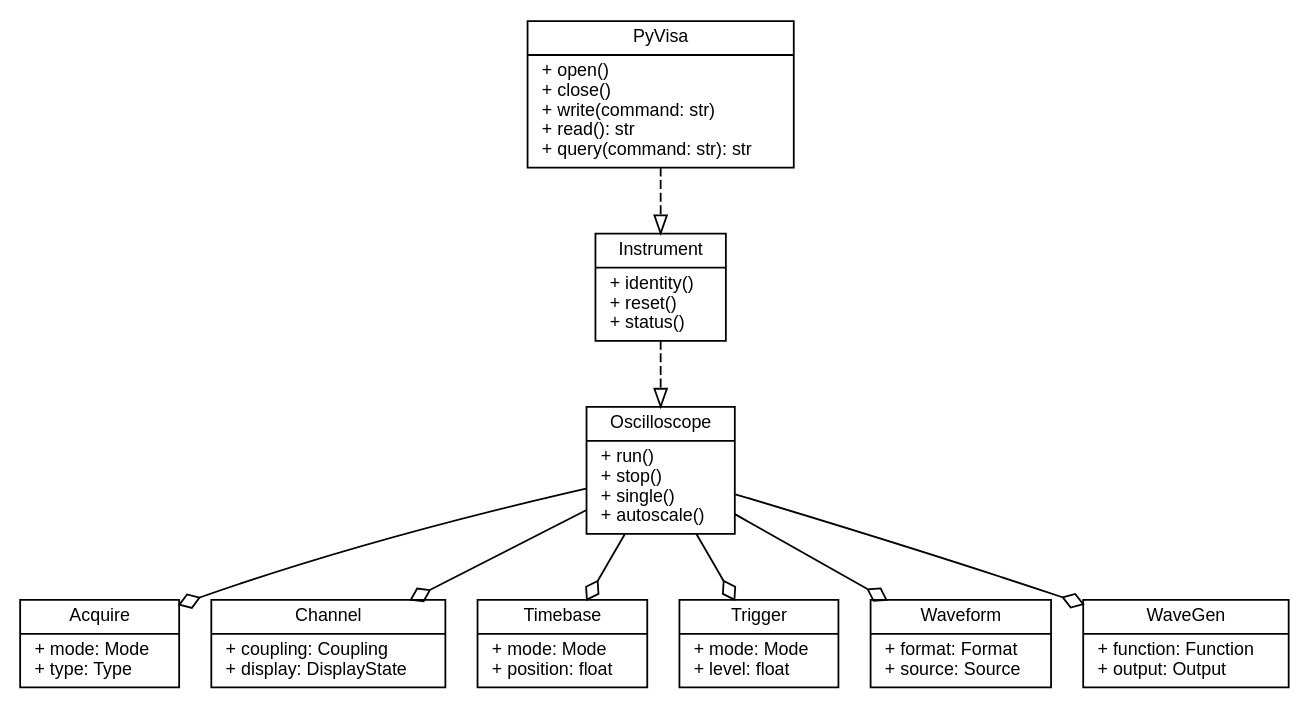
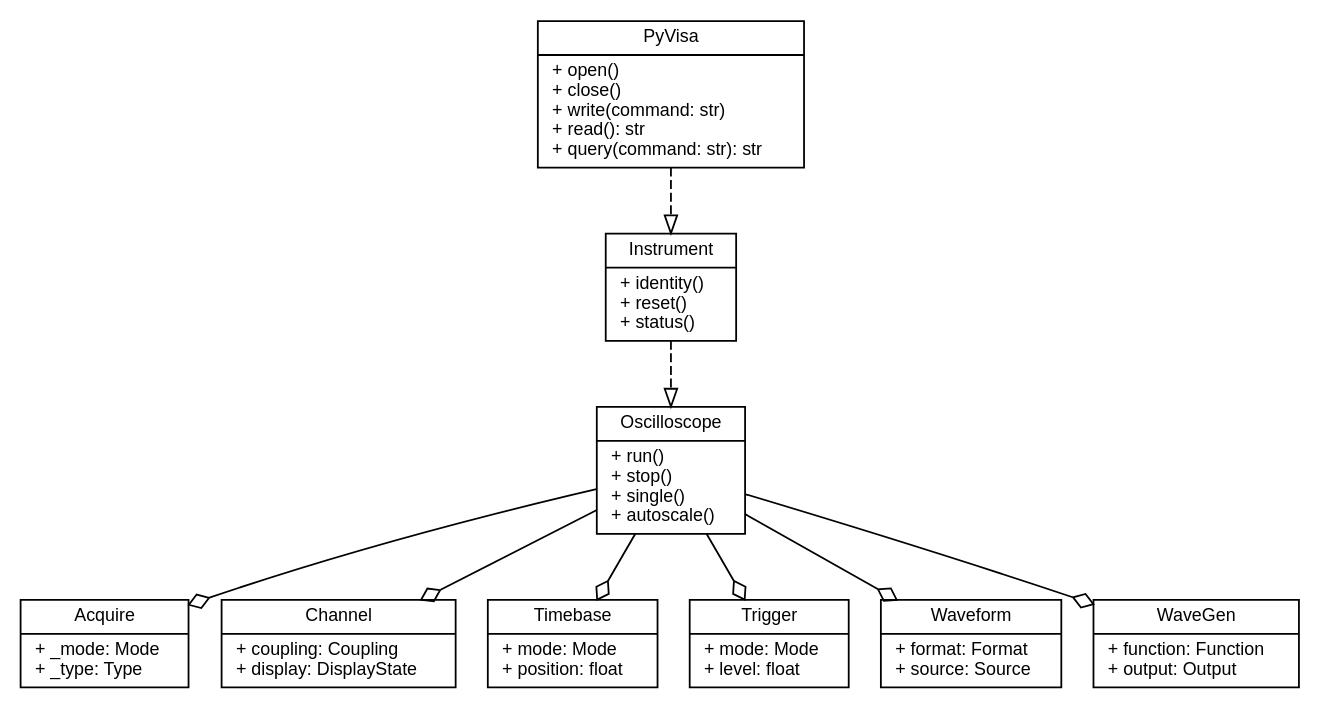
The diagram in docs/oscilloscope.rst (Spiryl/pymetr), drawn with Graphviz before and after one commit. The commit also changed other lines of this file and 5 other files, not shown here.

```diff
--- a/docs/oscilloscope.rst
+++ b/docs/oscilloscope.rst
@@ -10,30 +10,30 @@
 .. graphviz::
 
    digraph architecture {
       node [shape=record fontname=Helvetica fontsize=10];
       rankdir=UD;
       
       PyVisa [label="{PyVisa|+ open()\l+ close()\l+ write(command: str)\l+ read(): str\l+ query(command: str): str\l}"];
       
       Instrument [label="{Instrument|+ identity()\l+ reset()\l+ status()\l}"];
       Oscilloscope [label="{Oscilloscope|+ run()\l+ stop()\l+ single()\l+ autoscale()\l}"];
       
-      Acquire [label="{Acquire|+ mode: Mode\l+ type: Type\l}"];
+      Acquire [label="{Acquire|+ _mode: Mode\l+ _type: Type\l}"];
       Channel [label="{Channel|+ coupling: Coupling\l+ display: DisplayState\l}"];
       Timebase [label="{Timebase|+ mode: Mode\l+ position: float\l}"];
       Trigger [label="{Trigger|+ mode: Mode\l+ level: float\l}"];
       Waveform [label="{Waveform|+ format: Format\l+ source: Source\l}"];
       WaveGen [label="{WaveGen|+ function: Function\l+ output: Output\l}"];
       
       PyVisa -> Instrument [arrowhead="onormal", style="dashed"];
       Instrument -> Oscilloscope [arrowhead="onormal", style="dashed"];
       
       Oscilloscope -> Acquire [arrowhead="odiamond"];
       Oscilloscope -> Channel [arrowhead="odiamond"];
       Oscilloscope -> Timebase [arrowhead="odiamond"];
       Oscilloscope -> Trigger [arrowhead="odiamond"];
       Oscilloscope -> Waveform [arrowhead="odiamond"];
       Oscilloscope -> WaveGen [arrowhead="odiamond"];
       
       {rank=same; Acquire Channel Timebase Trigger Waveform WaveGen}
    }
```
